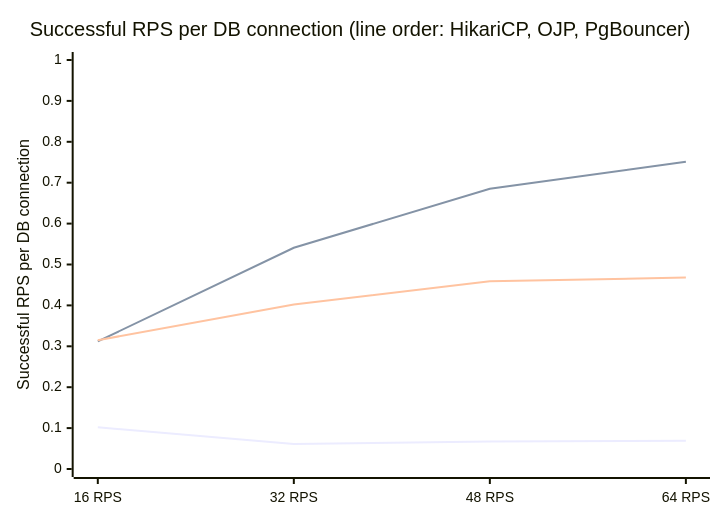
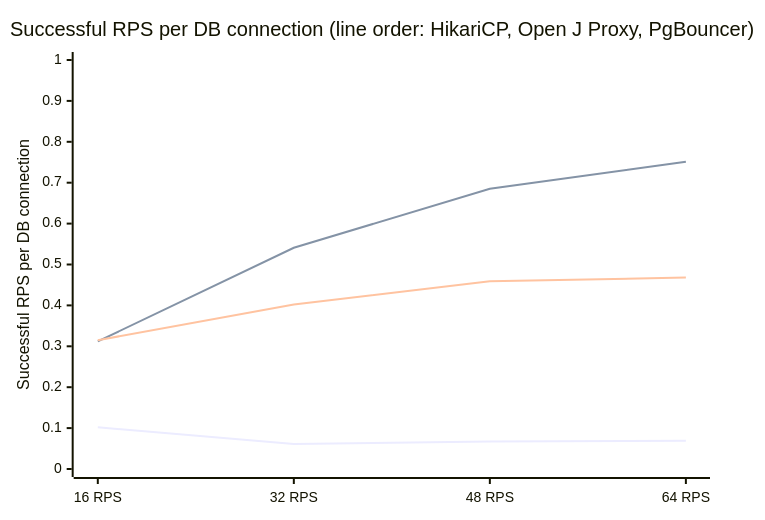
One commit to rrobetti/stressum changed the seventh of 7 diagrams in article.md. Above: the diagram before and after it, drawn with Mermaid. The commit also changed other lines of this file, not shown here.

Commit message:
docs: replace OJP with Open J Proxy throughout article

````diff
--- a/article.md
+++ b/article.md
@@ -169,9 +169,9 @@
 ```mermaid
 xychart-beta
-    title "Successful RPS per DB connection (line order: HikariCP, OJP, PgBouncer)"
+    title "Successful RPS per DB connection (line order: HikariCP, Open J Proxy, PgBouncer)"
     x-axis ["16 RPS", "32 RPS", "48 RPS", "64 RPS"]
     y-axis "Successful RPS per DB connection" 0.0 --> 1.0
     line [0.102, 0.061, 0.067, 0.069]
     line [0.312, 0.541, 0.685, 0.751]
     line [0.315, 0.402, 0.459, 0.468]
 ```
````
